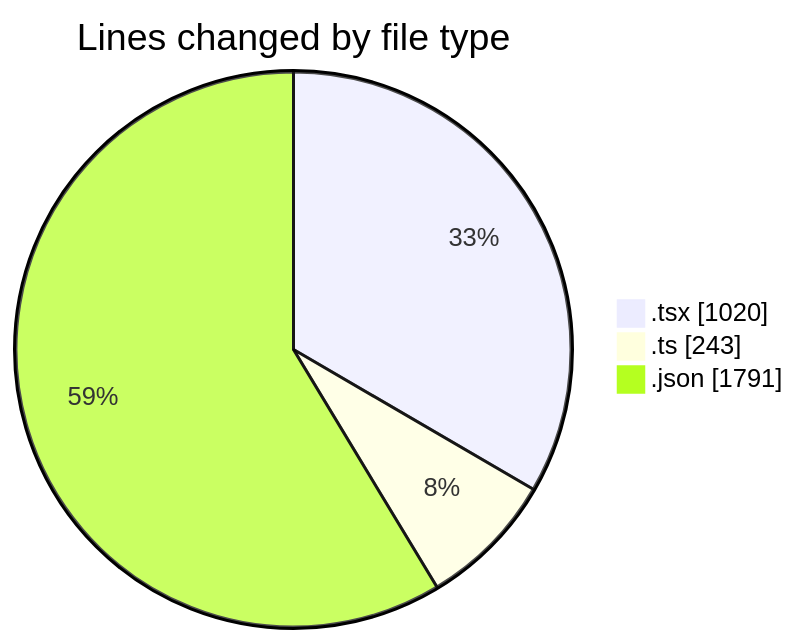
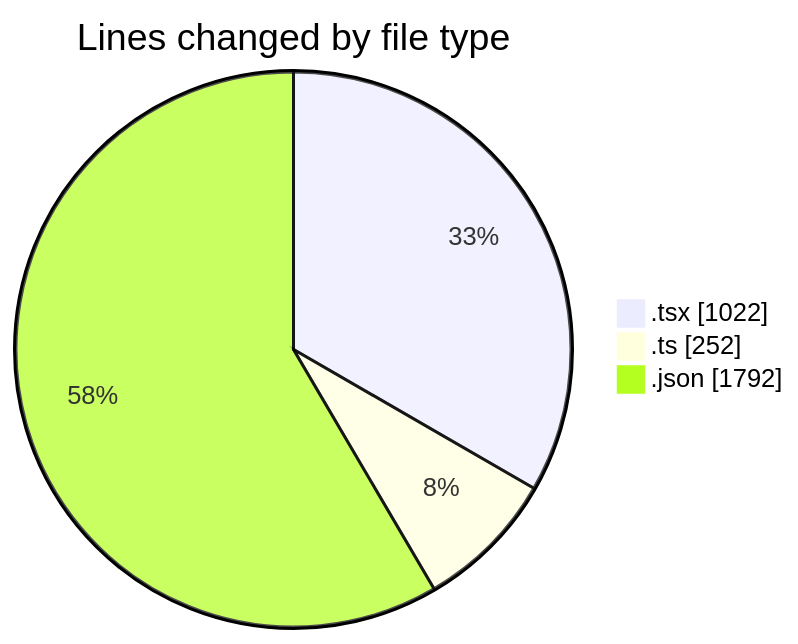
Before and after one commit to julien-gomy/code-tracking: the first of 2 diagrams in 2025-10-31/eventscop-frontend-guide__workspace_/README.md, drawn with Mermaid. The commit also changed other lines of this file and 1 other file, not shown here.

````diff
--- a/2025-10-31/eventscop-frontend-guide__workspace_/README.md
+++ b/2025-10-31/eventscop-frontend-guide__workspace_/README.md
@@ -27,7 +27,7 @@
 ```mermaid
 pie showData
 title Lines changed by file type
-".tsx" : 1020
-".ts" : 243
-".json" : 1791
+".tsx" : 1022
+".ts" : 252
+".json" : 1792
 ```
````
